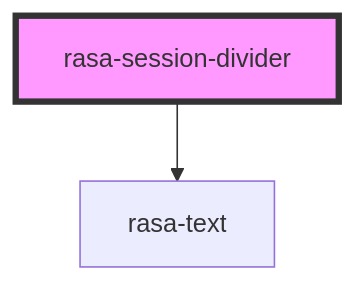
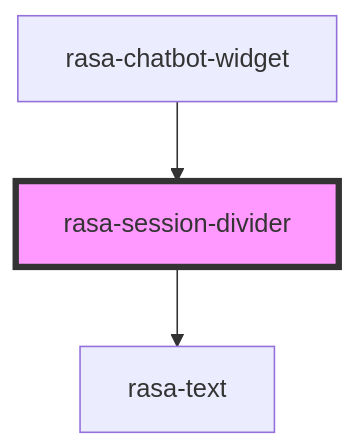
Before and after one commit to RasaHQ/chat-widget: the diagram in packages/web-component/src/components/session-devider/readme.md, drawn with Mermaid. The commit also changed other lines of this file and 41 other files, not shown here.

````diff
--- a/packages/web-component/src/components/session-devider/readme.md
+++ b/packages/web-component/src/components/session-devider/readme.md
@@ -22,5 +26,6 @@
 ```mermaid
 graph TD;
   rasa-session-divider --> rasa-text
+  rasa-chatbot-widget --> rasa-session-divider
   style rasa-session-divider fill:#f9f,stroke:#333,stroke-width:4px
 ```
````
